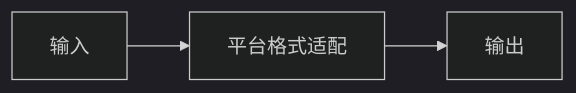
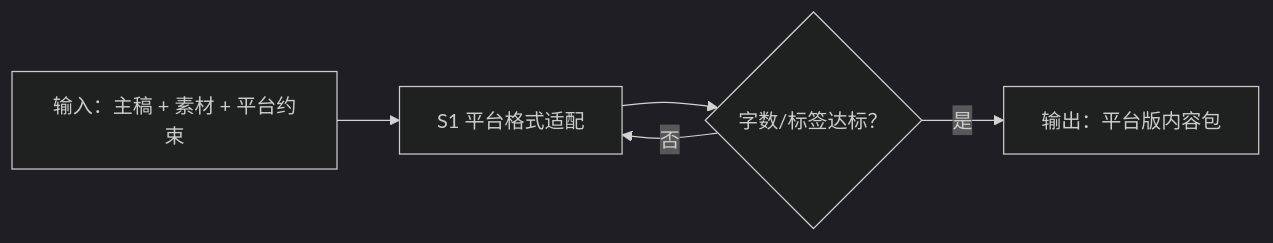
One commit to bangwozuo/multi-publish-zh changed the diagram in workflows/content-single-entry-flow/SKILL.md. Above: the diagram before and after it, drawn with Mermaid (dark theme). The commit also changed other lines of this file and 80 other files, not shown here.

````diff
--- a/workflows/content-single-entry-flow/SKILL.md
+++ b/workflows/content-single-entry-flow/SKILL.md
@@ -26,8 +38,10 @@
 ```mermaid
 flowchart LR
-    IN["输入"]
-    S1["平台格式适配"]
-    OUT["输出"]
+    IN["输入：主稿 + 素材 + 平台约束"]
+    S1["S1 平台格式适配"]
+    Q1{"字数/标签达标？"}
+    Q1 -- 否 --> S1
+    Q1 -- 是 --> OUT["输出：平台版内容包"]
     IN --> S1
-    S1 --> OUT
+    S1 --> Q1
 ```
````
